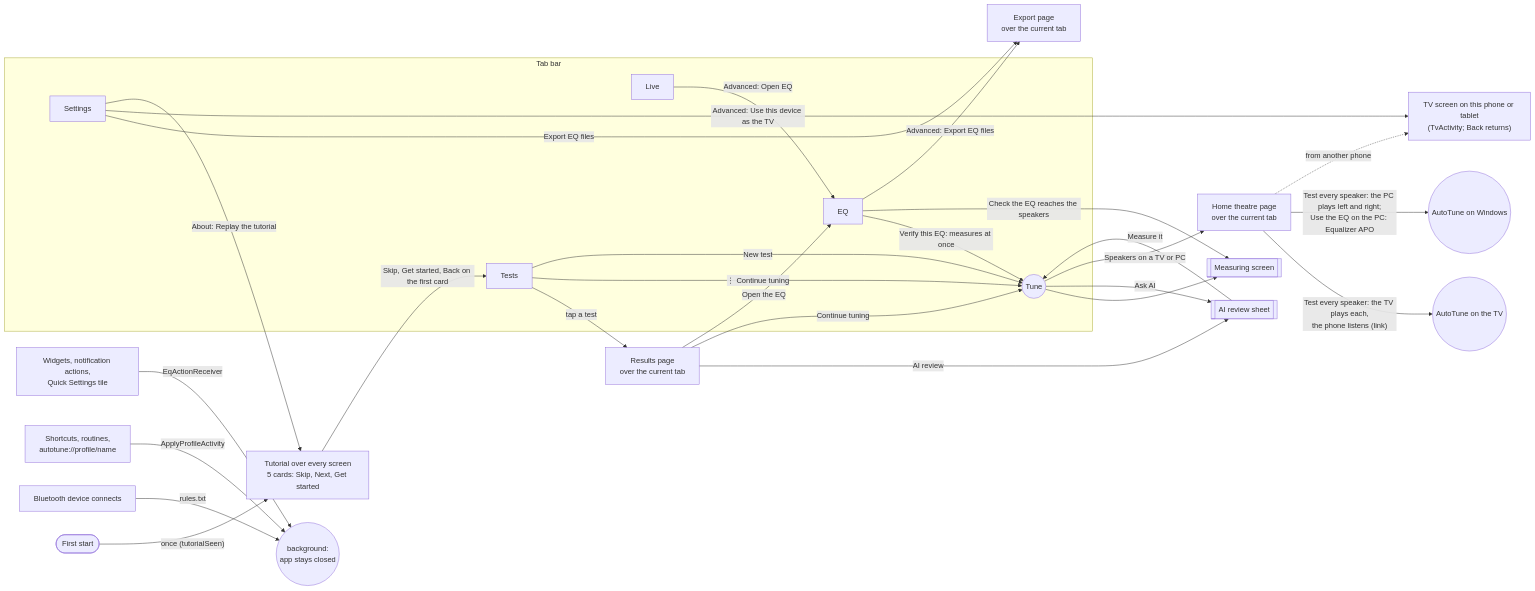
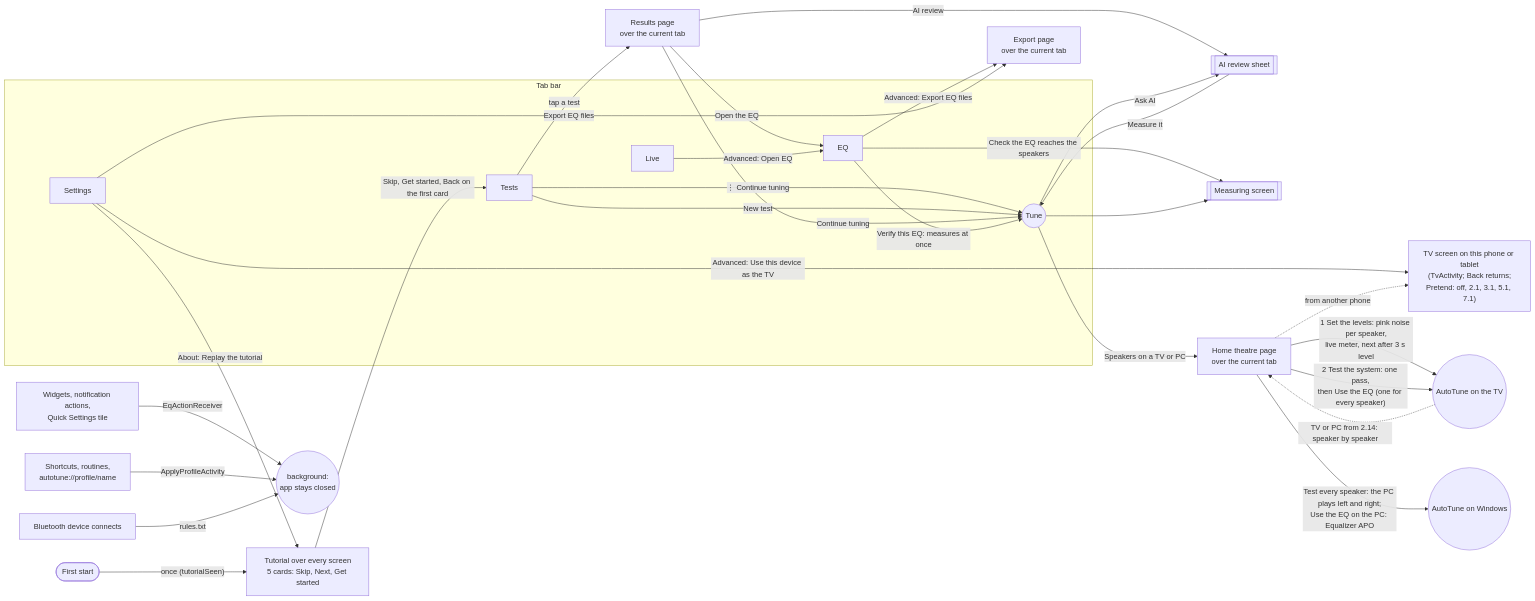
One commit to qawalah/AutoTune changed the second of 2 diagrams in FLOW.md. Above: the diagram before and after it, drawn with Mermaid. The commit also changed 7 other files, not shown here.

First line of the commit message:
2.15.0: home theatre in two tests, pretend on a tablet, the room in 3D

````diff
--- a/FLOW.md
+++ b/FLOW.md
@@ -60,35 +60,37 @@
 ```mermaid
 flowchart LR
   subgraph Bar["Tab bar"]
     T["Tests"]
     EQ["EQ"]
     TU(("Tune"))
     L["Live"]
     ST["Settings"]
   end
   T -->|"tap a test"| RP["Results page<br/>over the current tab"]
   T -->|"⋮ Continue tuning"| TU
   T -->|"New test"| TU
   RP -->|"Continue tuning"| TU
   RP -->|"Open the EQ"| EQ
   RP -->|"AI review"| AI[["AI review sheet"]]
   EQ -->|"Verify this EQ: measures at once"| TU
   EQ -->|"Check the EQ reaches the speakers"| MV[["Measuring screen"]]
   EQ -->|"Advanced: Export EQ files"| X["Export page<br/>over the current tab"]
   ST -->|"Export EQ files"| X
   TU --> MV
   TU -->|"Ask AI"| AI
   AI -->|"Measure it"| TU
   L -->|"Advanced: Open EQ"| EQ
   TU -->|"Speakers on a TV or PC"| HT["Home theatre page<br/>over the current tab"]
-  HT -->|"Test every speaker: the TV plays each,<br/>the phone listens (link)"| TV(("AutoTune on the TV"))
+  HT -->|"1 Set the levels: pink noise per speaker,<br/>live meter, next after 3 s level"| TV(("AutoTune on the TV"))
+  HT -->|"2 Test the system: one pass,<br/>then Use the EQ (one for every speaker)"| TV
+  TV -.->|"TV or PC from 2.14: speaker by speaker"| HT
   HT -->|"Test every speaker: the PC plays left and right;<br/>Use the EQ on the PC: Equalizer APO"| PC(("AutoTune on Windows"))
-  ST -->|"Advanced: Use this device as the TV"| TVS["TV screen on this phone or tablet<br/>(TvActivity; Back returns)"]
+  ST -->|"Advanced: Use this device as the TV"| TVS["TV screen on this phone or tablet<br/>(TvActivity; Back returns;<br/>Pretend: off, 2.1, 3.1, 5.1, 7.1)"]
   HT -.->|"from another phone"| TVS
   W["Widgets, notification actions,<br/>Quick Settings tile"] -->|"EqActionReceiver"| BG(("background:<br/>app stays closed"))
   SH["Shortcuts, routines,<br/>autotune://profile/name"] -->|"ApplyProfileActivity"| BG
   BT["Bluetooth device connects"] -->|"rules.txt"| BG
   FS(["First start"]) -->|"once (tutorialSeen)"| TUT["Tutorial over every screen<br/>5 cards: Skip, Next, Get started"]
   TUT -->|"Skip, Get started, Back on the first card"| T
   ST -->|"About: Replay the tutorial"| TUT
 ```
````
